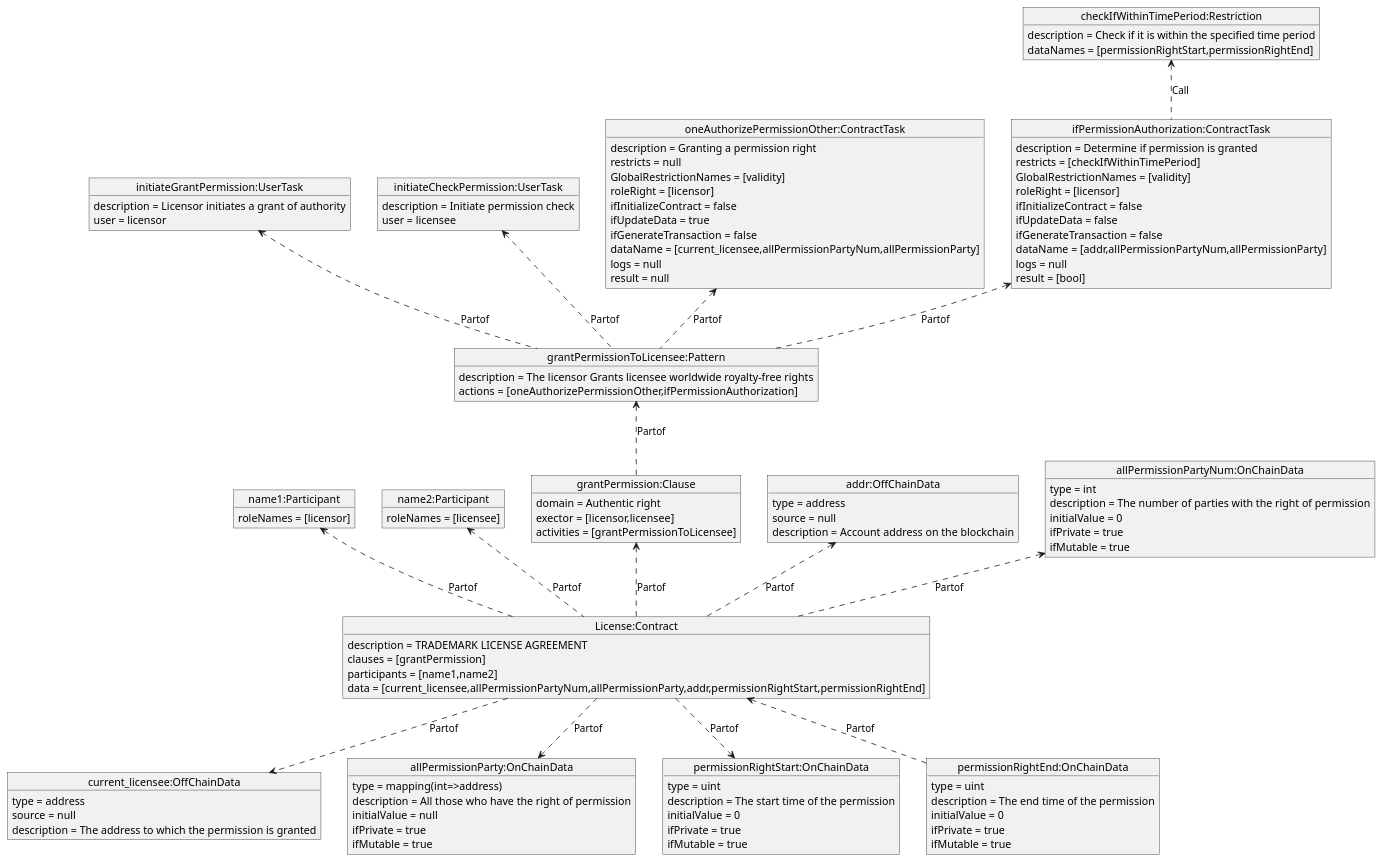
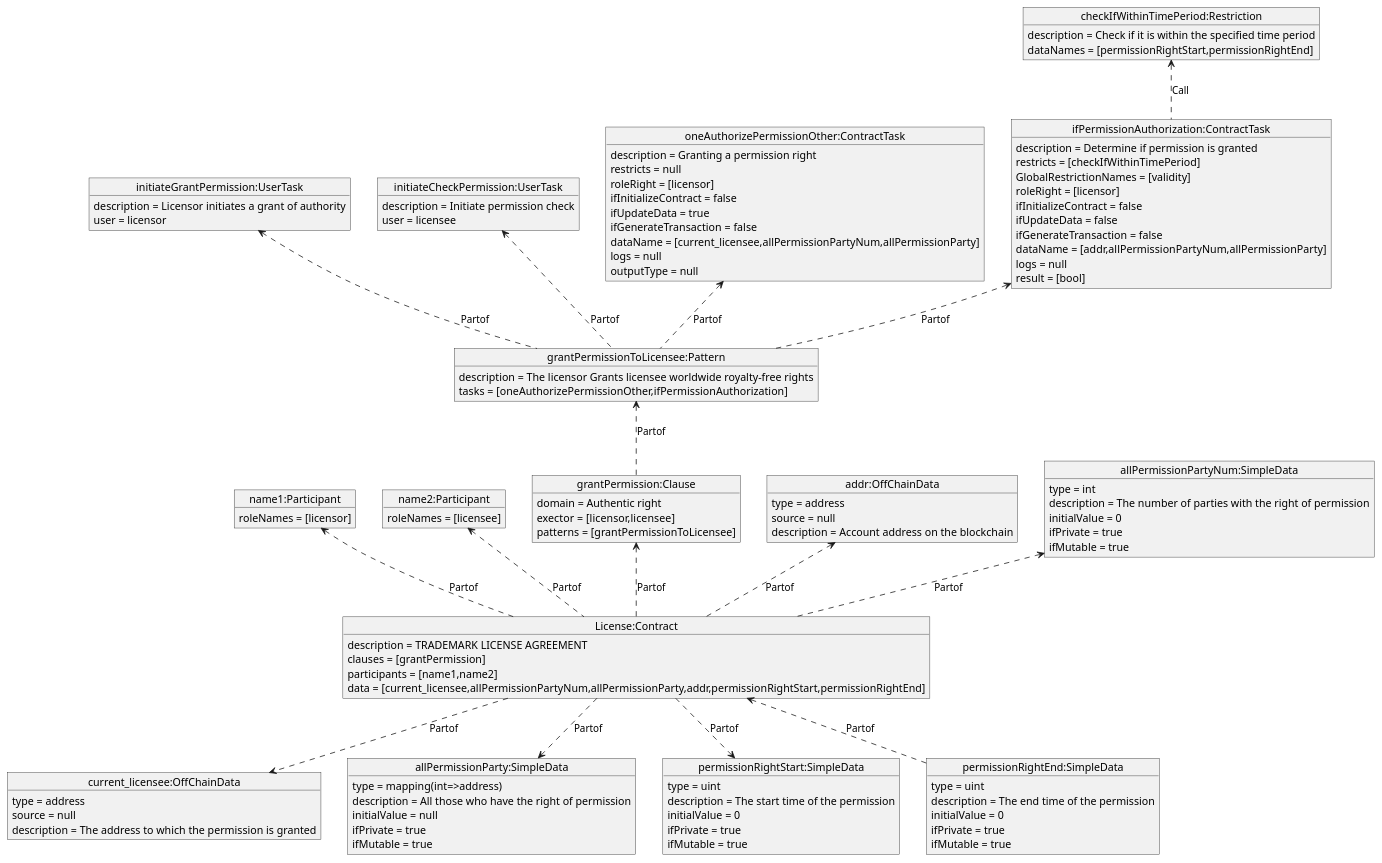
The diagram in plantUML_dia/a.puml (HIT-LWY/sc_MDA_code), drawn with PlantUML before and after one commit. The commit also changed 1 other file, not shown here.

```diff
--- a/plantUML_dia/a.puml
+++ b/plantUML_dia/a.puml
@@ -1,98 +1,97 @@
 @startuml
 'https://plantuml.com/object-diagram
 'left to right direction
 object "License:Contract" as o1
 o1 : description = TRADEMARK LICENSE AGREEMENT
 o1 : clauses = [grantPermission]
 o1 : participants = [name1,name2]
 o1 : data = [current_licensee,allPermissionPartyNum,allPermissionParty,addr,permissionRightStart,permissionRightEnd]
 object "name1:Participant" as o2
 o2 : roleNames = [licensor]
 o2<..o1 : Partof
 object "name2:Participant" as o3
 o3 : roleNames = [licensee]
 o3<..o1 : Partof
 object "grantPermission:Clause" as o4
 o4 : domain = Authentic right
 o4 : exector = [licensor,licensee]
-o4 : activities = [grantPermissionToLicensee]
+o4 : patterns = [grantPermissionToLicensee]
 o4<..o1 : Partof
 object "grantPermissionToLicensee:Pattern" as o5
 o5 : description = The licensor Grants licensee worldwide royalty-free rights
-o5 : actions = [oneAuthorizePermissionOther,ifPermissionAuthorization]
+o5 : tasks = [oneAuthorizePermissionOther,ifPermissionAuthorization]
 o5<..o4 : Partof
 object "initiateGrantPermission:UserTask" as o9
 o9 : description = Licensor initiates a grant of authority
 o9 : user = licensor
 o9<..o5 : Partof
 object "initiateCheckPermission:UserTask" as o10
 o10 : description = Initiate permission check
 o10 : user = licensee
 o10<..o5 : Partof
 object "oneAuthorizePermissionOther:ContractTask" as o6
 o6 : description = Granting a permission right
 o6 : restricts = null
-o6 : GlobalRestrictionNames = [validity]
 o6 : roleRight = [licensor]
 o6 : ifInitializeContract = false
 o6 : ifUpdateData = true
 o6 : ifGenerateTransaction = false
 o6 : dataName = [current_licensee,allPermissionPartyNum,allPermissionParty]
 o6 : logs = null
-o6 : result = null
+o6 : outputType = null
 o6<..o5 : Partof
 object "ifPermissionAuthorization:ContractTask" as o7
 o7 : description = Determine if permission is granted
 o7 : restricts = [checkIfWithinTimePeriod]
 o7 : GlobalRestrictionNames = [validity]
 o7 : roleRight = [licensor]
 o7 : ifInitializeContract = false
 o7 : ifUpdateData = false
 o7 : ifGenerateTransaction = false
 o7 : dataName = [addr,allPermissionPartyNum,allPermissionParty]
 o7 : logs = null
 o7 : result = [bool]
 o7<..o5 : Partof
 object "checkIfWithinTimePeriod:Restriction" as o8
 o8 : description = Check if it is within the specified time period
 o8 : dataNames = [permissionRightStart,permissionRightEnd]
 o8<..o7 : Call
 object "addr:OffChainData" as o63
 o63 : type = address
 o63 : source = null
 o63 : description = Account address on the blockchain
 o63<..o1 : Partof
 object "current_licensee:OffChainData" as o64
 o64 : type = address
 o64 : source = null
 o64 : description = The address to which the permission is granted
 o1..>o64 : Partof
-object "allPermissionPartyNum:OnChainData" as o65
+object "allPermissionPartyNum:SimpleData" as o65
 o65 : type = int
 o65 : description = The number of parties with the right of permission
 o65 : initialValue = 0
 o65 : ifPrivate = true
 o65 : ifMutable = true
 o65<..o1 : Partof
-object "allPermissionParty:OnChainData" as o66
+object "allPermissionParty:SimpleData" as o66
 o66 : type = mapping(int=>address)
 o66 : description = All those who have the right of permission
 o66 : initialValue = null
 o66 : ifPrivate = true
 o66 : ifMutable = true
 o1..>o66 : Partof
-object "permissionRightStart:OnChainData" as o61
+object "permissionRightStart:SimpleData" as o61
 o61 : type = uint
 o61 : description = The start time of the permission
 o61 : initialValue = 0
 o61 : ifPrivate = true
 o61 : ifMutable = true
 o1..>o61 : Partof
-object "permissionRightEnd:OnChainData" as o62
+object "permissionRightEnd:SimpleData" as o62
 o62 : type = uint
 o62 : description = The end time of the permission
 o62 : initialValue = 0
 o62 : ifPrivate = true
 o62 : ifMutable = true
 o1<..o62 : Partof
 @enduml
```
